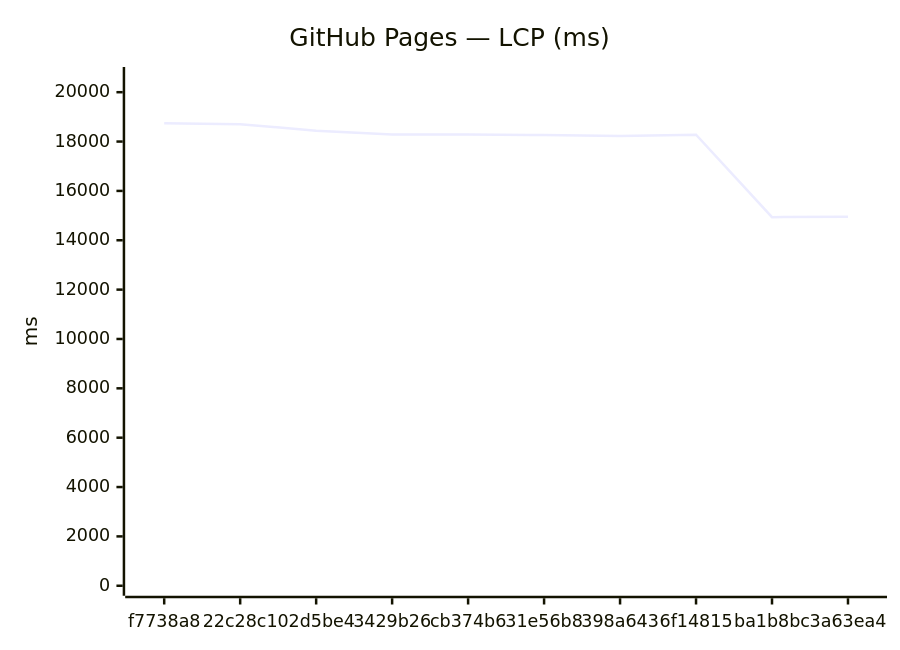
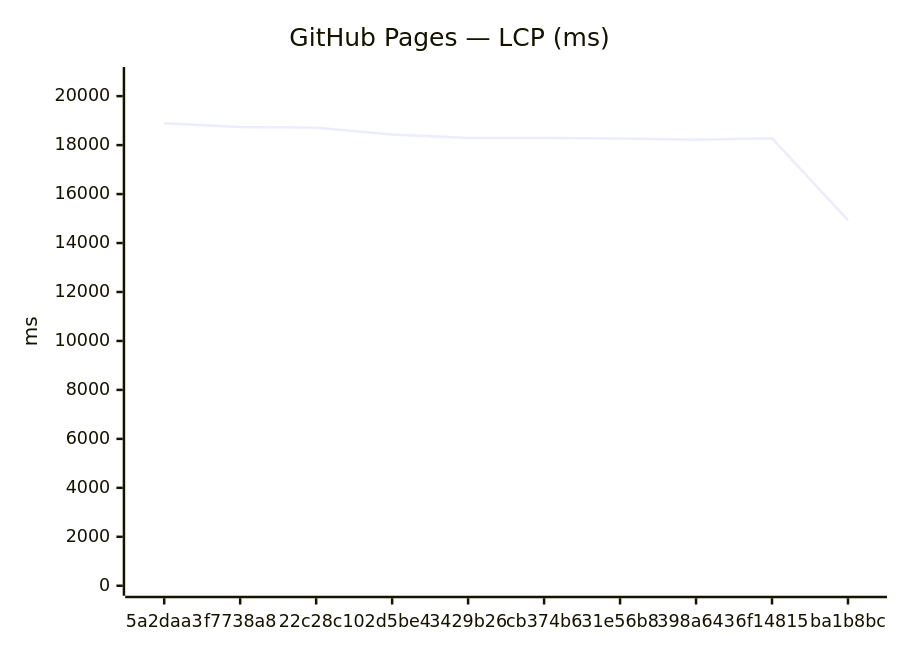
The third of 18 diagrams in benchmarks/compare.md (Metaheurist/Rianell), drawn with Mermaid before and after one commit. The commit also changed other lines of this file and 11 other files, not shown here.

````diff
--- a/benchmarks/compare.md
+++ b/benchmarks/compare.md
@@ -54,7 +54,7 @@
 ```mermaid
 xychart-beta
     title "GitHub Pages — LCP (ms)"
-    x-axis ["f7738a8", "22c28c1", "02d5be4", "3429b26", "cb374b6", "31e56b8", "398a643", "6f14815", "ba1b8bc", "3a63ea4"]
-    y-axis "ms" 0 --> 20616
-    line [18741, 18704, 18438, 18287, 18290, 18265, 18222, 18275, 14936, 14957]
+    x-axis ["5a2daa3", "f7738a8", "22c28c1", "02d5be4", "3429b26", "cb374b6", "31e56b8", "398a643", "6f14815", "ba1b8bc"]
+    y-axis "ms" 0 --> 20782
+    line [18892, 18741, 18704, 18438, 18287, 18290, 18265, 18222, 18275, 14936]
 ```
````
